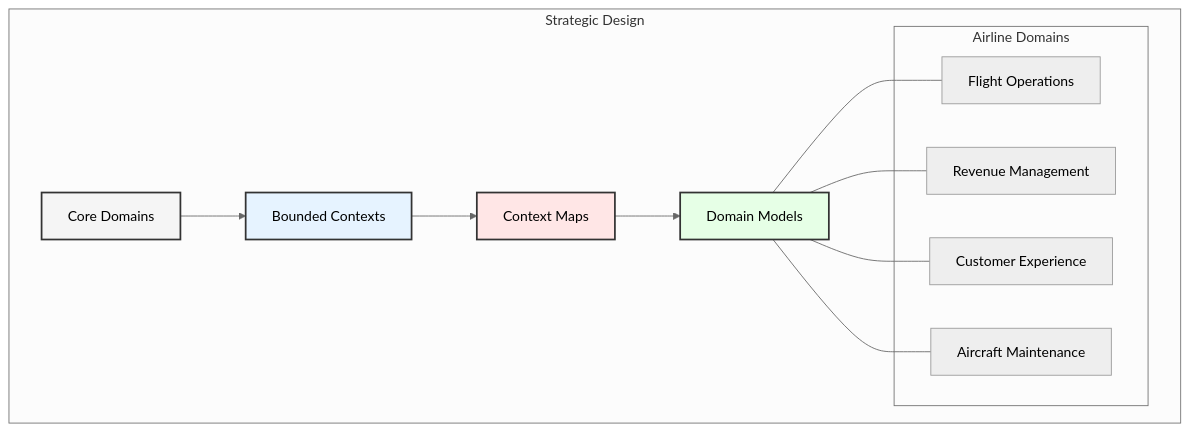
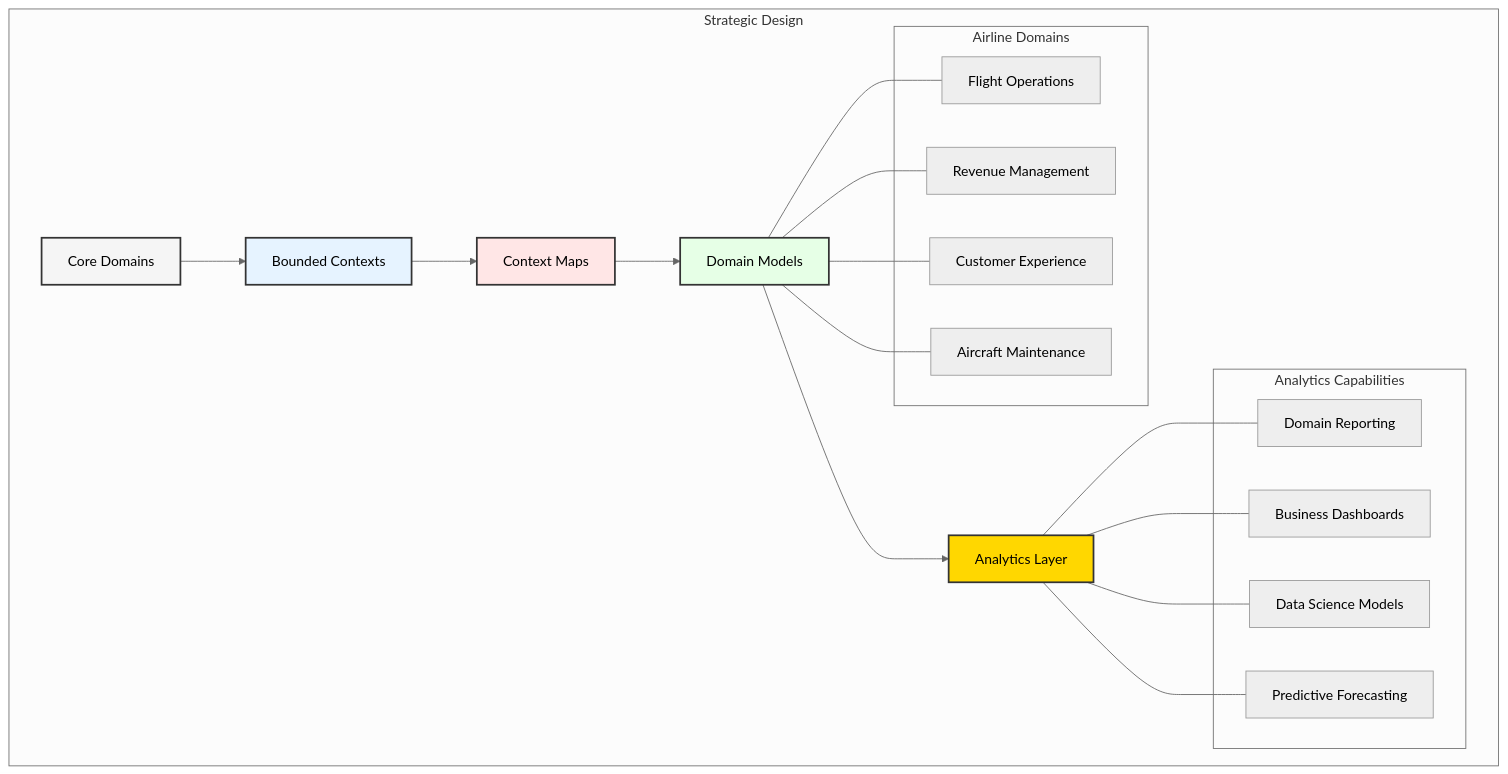
The first of 7 diagrams in enterprise_data_architecture/chapters/04_domain_driven.md (data-octo/agentic_ai_research), drawn with Mermaid (neutral theme) before and after one commit. The commit also changed 34 other files, not shown here.

Commit message:
v0.1.9 - include data analytics in mermaid

````diff
--- a/enterprise_data_architecture/chapters/04_domain_driven.md
+++ b/enterprise_data_architecture/chapters/04_domain_driven.md
@@ -12,25 +12,41 @@
 ```mermaid
 graph TB
     subgraph "Strategic Design"
         A[Core Domains] --> B[Bounded Contexts]
         B --> C[Context Maps]
         C --> D[Domain Models]
+        
+        %% Add Analytics Layer
+        D --> I[Analytics Layer]
         
         subgraph "Airline Domains"
             E[Flight Operations]
             F[Revenue Management]
             G[Customer Experience]
             H[Aircraft Maintenance]
         end
         
+        subgraph "Analytics Capabilities"
+            J[Domain Reporting]
+            K[Business Dashboards]
+            L[Data Science Models]
+            M[Predictive Forecasting]
+        end
+        
         D --- E
         D --- F
         D --- G
         D --- H
+        
+        I --- J
+        I --- K
+        I --- L
+        I --- M
     end
     
     style A fill:#f5f5f5,stroke:#333,stroke-width:2px
     style B fill:#e6f3ff,stroke:#333,stroke-width:2px
     style C fill:#ffe6e6,stroke:#333,stroke-width:2px
     style D fill:#e6ffe6,stroke:#333,stroke-width:2px
+    style I fill:#ffd700,stroke:#333,stroke-width:2px
 ```
````
